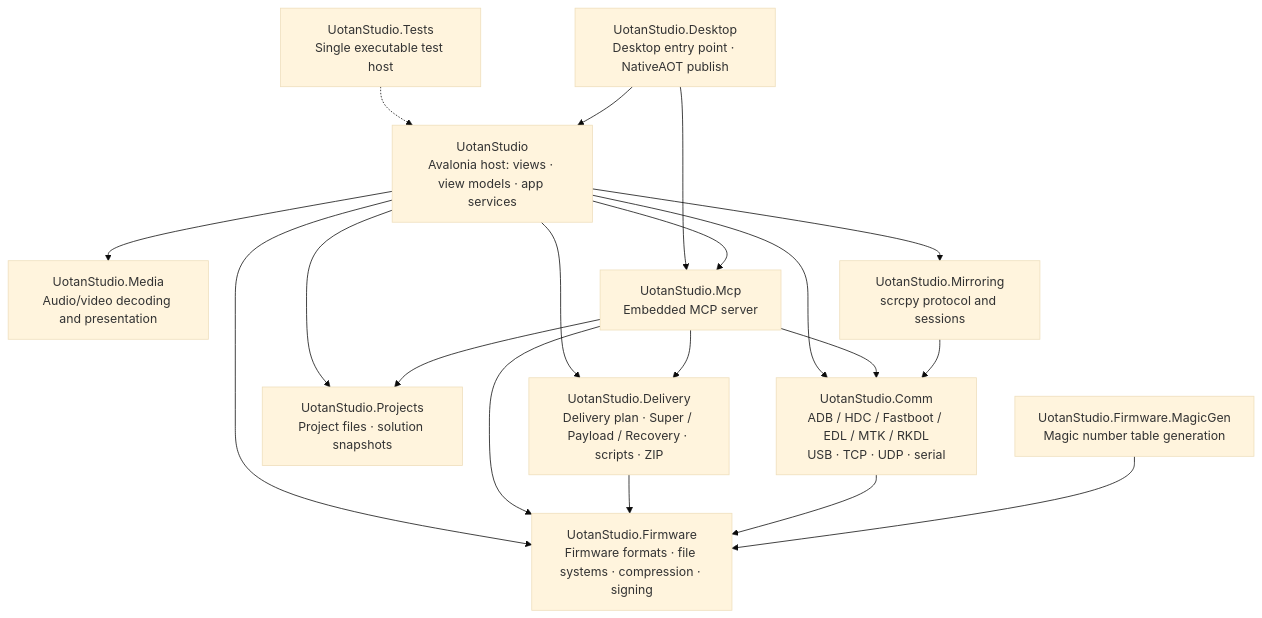
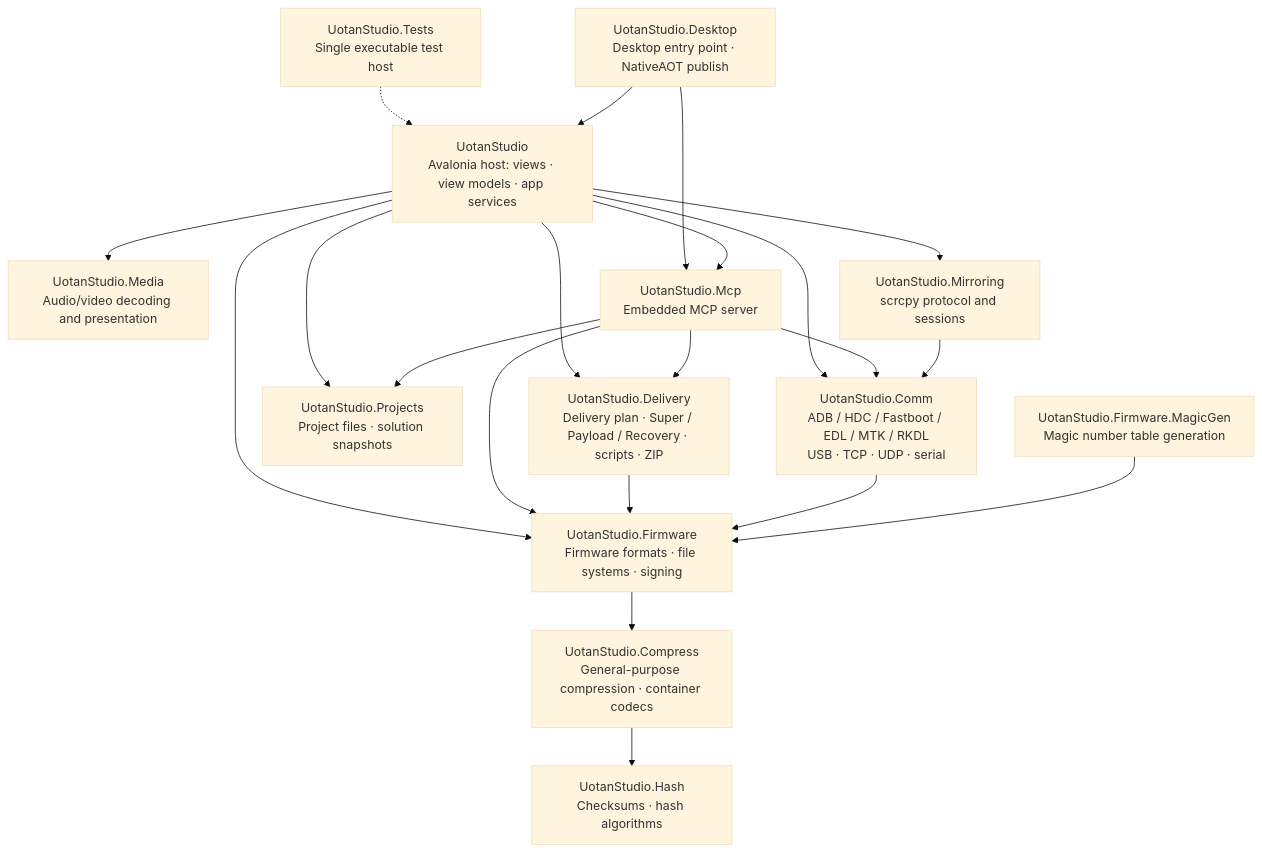
The diagram in README-EN.md (Uotan-Dev/UotanStudio), drawn with Mermaid (base theme) before and after one commit. The commit also changed other lines of this file and 4 other files, not shown here.

````diff
--- a/README-EN.md
+++ b/README-EN.md
@@ -34,33 +34,37 @@
 ```mermaid
 flowchart TD
- Firmware["UotanStudio.Firmware<br/>Firmware formats · file systems · compression · signing"]
+ Hash["UotanStudio.Hash<br/>Checksums · hash algorithms"]
+ Compress["UotanStudio.Compress<br/>General-purpose compression · container codecs"]
+ Firmware["UotanStudio.Firmware<br/>Firmware formats · file systems · signing"]
  MagicGen["UotanStudio.Firmware.MagicGen<br/>Magic number table generation"]
  Projects["UotanStudio.Projects<br/>Project files · solution snapshots"]
  Media["UotanStudio.Media<br/>Audio/video decoding and presentation"]
  Comm["UotanStudio.Comm<br/>ADB / HDC / Fastboot / EDL / MTK / RKDL<br/>USB · TCP · UDP · serial"]
  Mirroring["UotanStudio.Mirroring<br/>scrcpy protocol and sessions"]
  Delivery["UotanStudio.Delivery<br/>Delivery plan · Super / Payload / Recovery · scripts · ZIP"]
  Mcp["UotanStudio.Mcp<br/>Embedded MCP server"]
  Host["UotanStudio<br/>Avalonia host: views · view models · app services"]
  Desktop["UotanStudio.Desktop<br/>Desktop entry point · NativeAOT publish"]
  Tests["UotanStudio.Tests<br/>Single executable test host"]
 
  MagicGen --> Firmware
+ Compress --> Hash
+ Firmware --> Compress
  Comm --> Firmware
  Delivery --> Firmware
  Mirroring --> Comm
  Mcp --> Firmware
  Mcp --> Comm
  Mcp --> Delivery
  Mcp --> Projects
  Host --> Firmware
  Host --> Comm
  Host --> Delivery
  Host --> Mirroring
  Host --> Media
  Host --> Projects
  Host --> Mcp
  Desktop --> Host
  Desktop --> Mcp
  Tests -.-> Host
 ```
````
